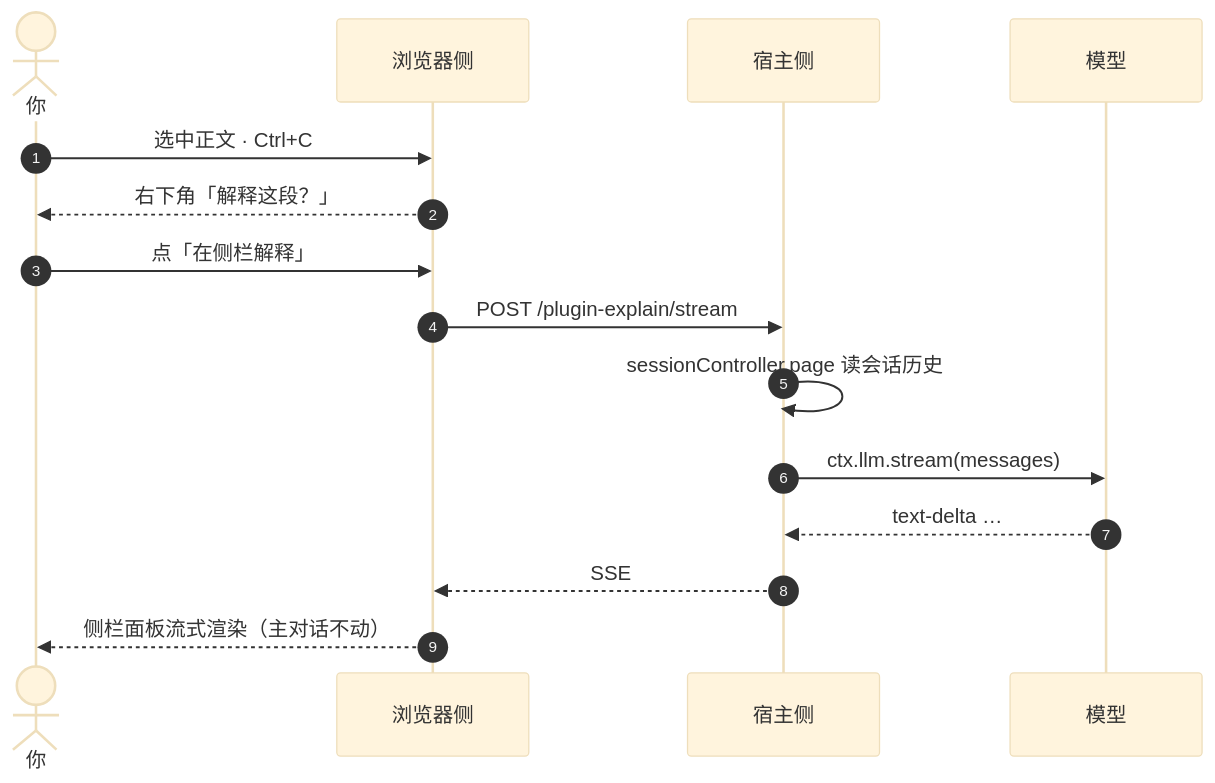
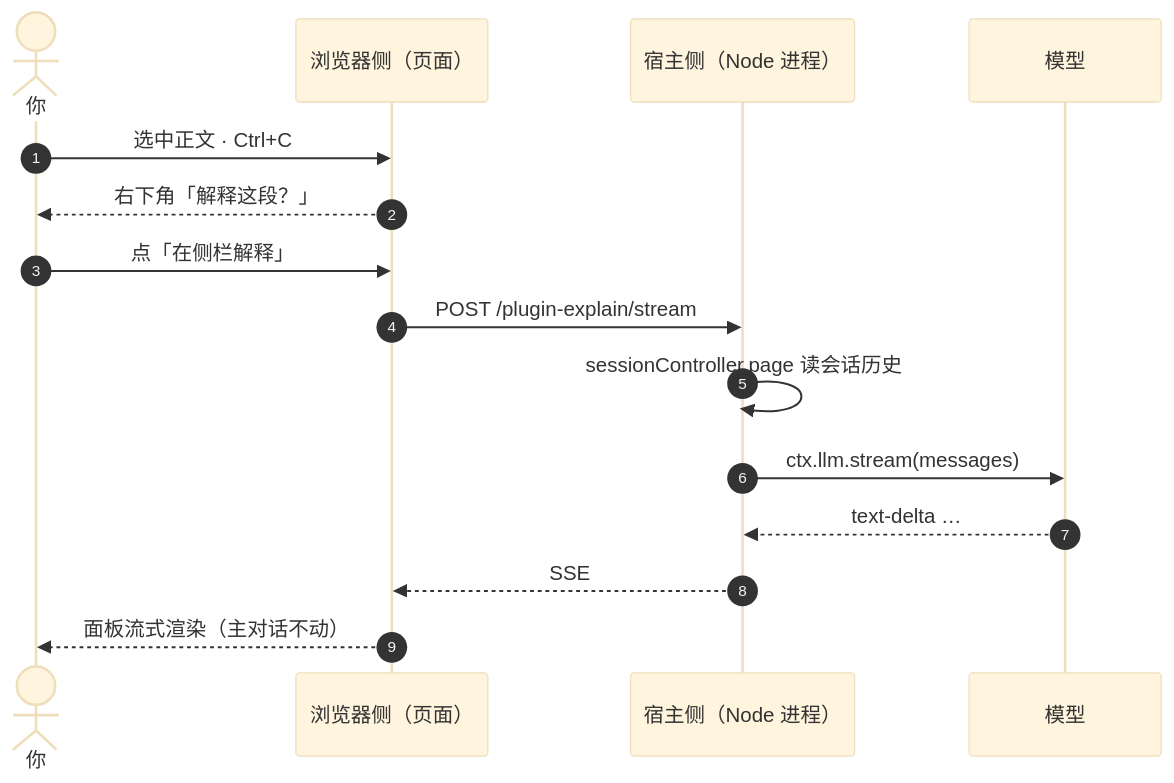
The diagram in README.md (Echo-moli/dsh-plugin-side-explain), drawn with Mermaid (base theme) before and after one commit. The commit also changed other lines of this file and 6 other files, not shown here.

````diff
--- a/README.md
+++ b/README.md
@@ -12,18 +92,18 @@
 ```mermaid
 sequenceDiagram
     autonumber
     actor U as 你
-    participant C as 浏览器侧
-    participant H as 宿主侧
+    participant C as 浏览器侧（页面）
+    participant H as 宿主侧（Node 进程）
     participant M as 模型
 
     U->>C: 选中正文 · Ctrl+C
     C-->>U: 右下角「解释这段？」
     U->>C: 点「在侧栏解释」
     C->>H: POST /plugin-explain/stream
     H->>H: sessionController.page 读会话历史
     H->>M: ctx.llm.stream(messages)
     M-->>H: text-delta …
     H-->>C: SSE
-    C-->>U: 侧栏面板流式渲染（主对话不动）
+    C-->>U: 面板流式渲染（主对话不动）
 ```
````
